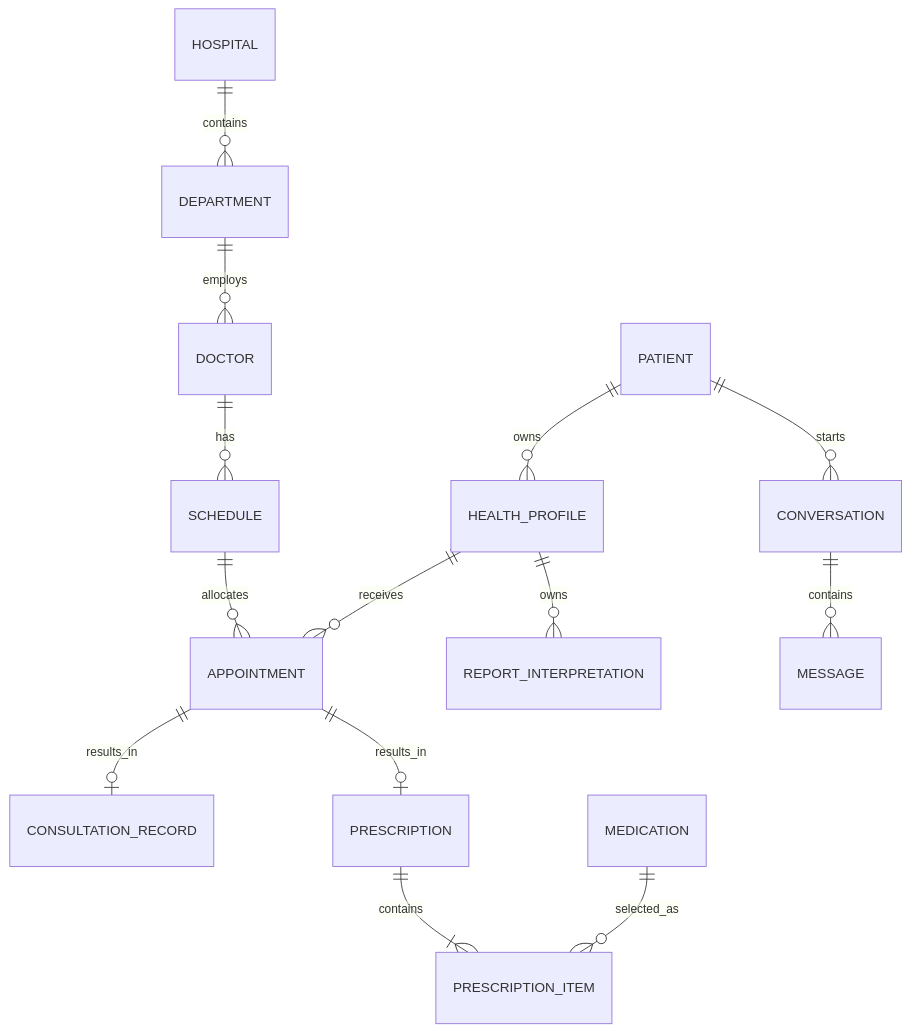
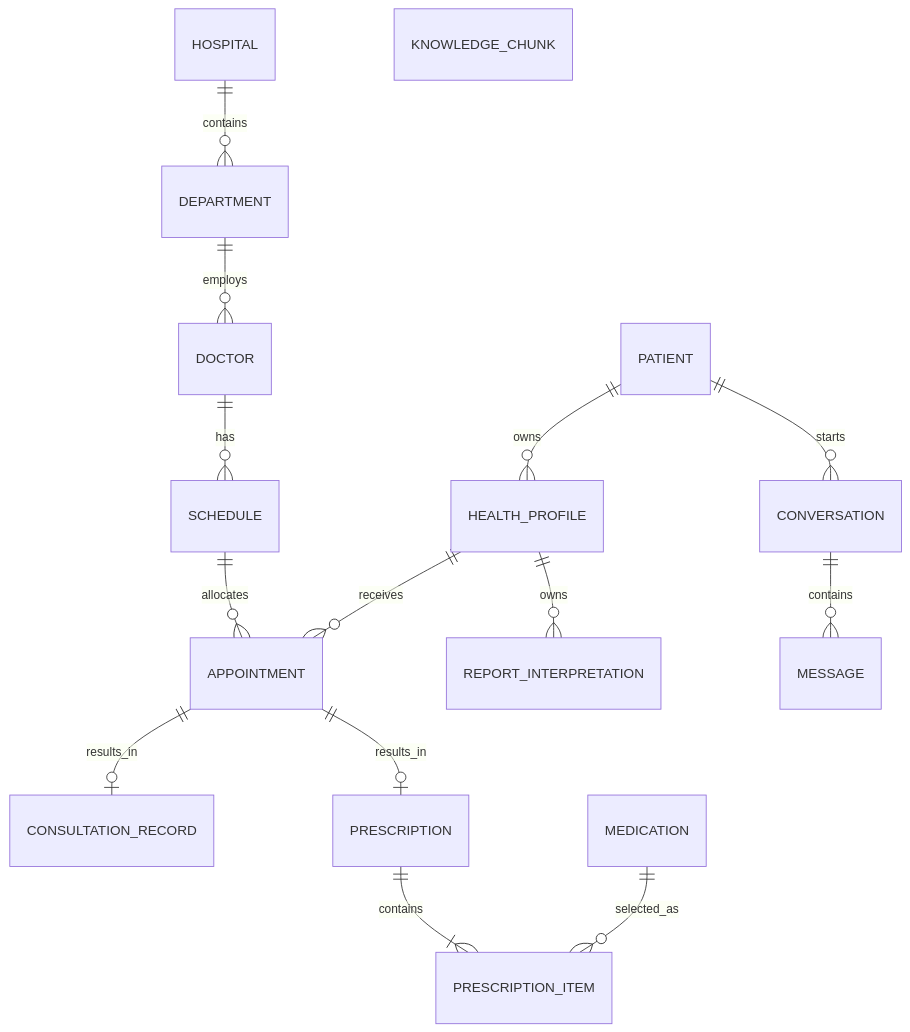
The second of 3 diagrams in docs/to-human/server-java-server-py-system-analysis-design.md (ILoveFurina/zhiyu-health), drawn with Mermaid before and after one commit. The commit also changed other lines of this file and 2 other files, not shown here.

````diff
--- a/docs/to-human/server-java-server-py-system-analysis-design.md
+++ b/docs/to-human/server-java-server-py-system-analysis-design.md
@@ -115,16 +119,17 @@
 ```mermaid
 erDiagram
   HOSPITAL ||--o{ DEPARTMENT : contains
   DEPARTMENT ||--o{ DOCTOR : employs
   DOCTOR ||--o{ SCHEDULE : has
   PATIENT ||--o{ HEALTH_PROFILE : owns
   PATIENT ||--o{ CONVERSATION : starts
   CONVERSATION ||--o{ MESSAGE : contains
   HEALTH_PROFILE ||--o{ APPOINTMENT : receives
   SCHEDULE ||--o{ APPOINTMENT : allocates
   APPOINTMENT ||--o| CONSULTATION_RECORD : results_in
   APPOINTMENT ||--o| PRESCRIPTION : results_in
   PRESCRIPTION ||--|{ PRESCRIPTION_ITEM : contains
   MEDICATION ||--o{ PRESCRIPTION_ITEM : selected_as
   HEALTH_PROFILE ||--o{ REPORT_INTERPRETATION : owns
+  KNOWLEDGE_CHUNK
 ```
````
